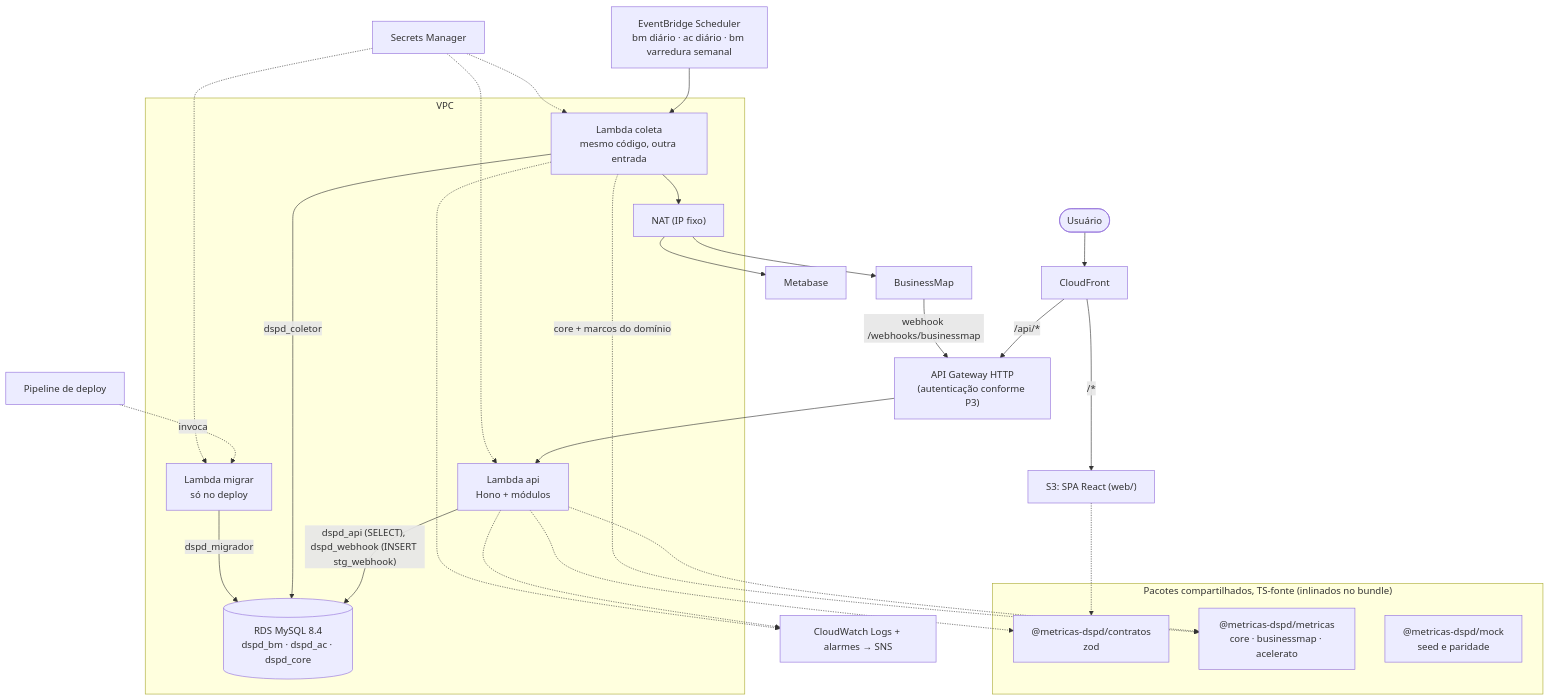
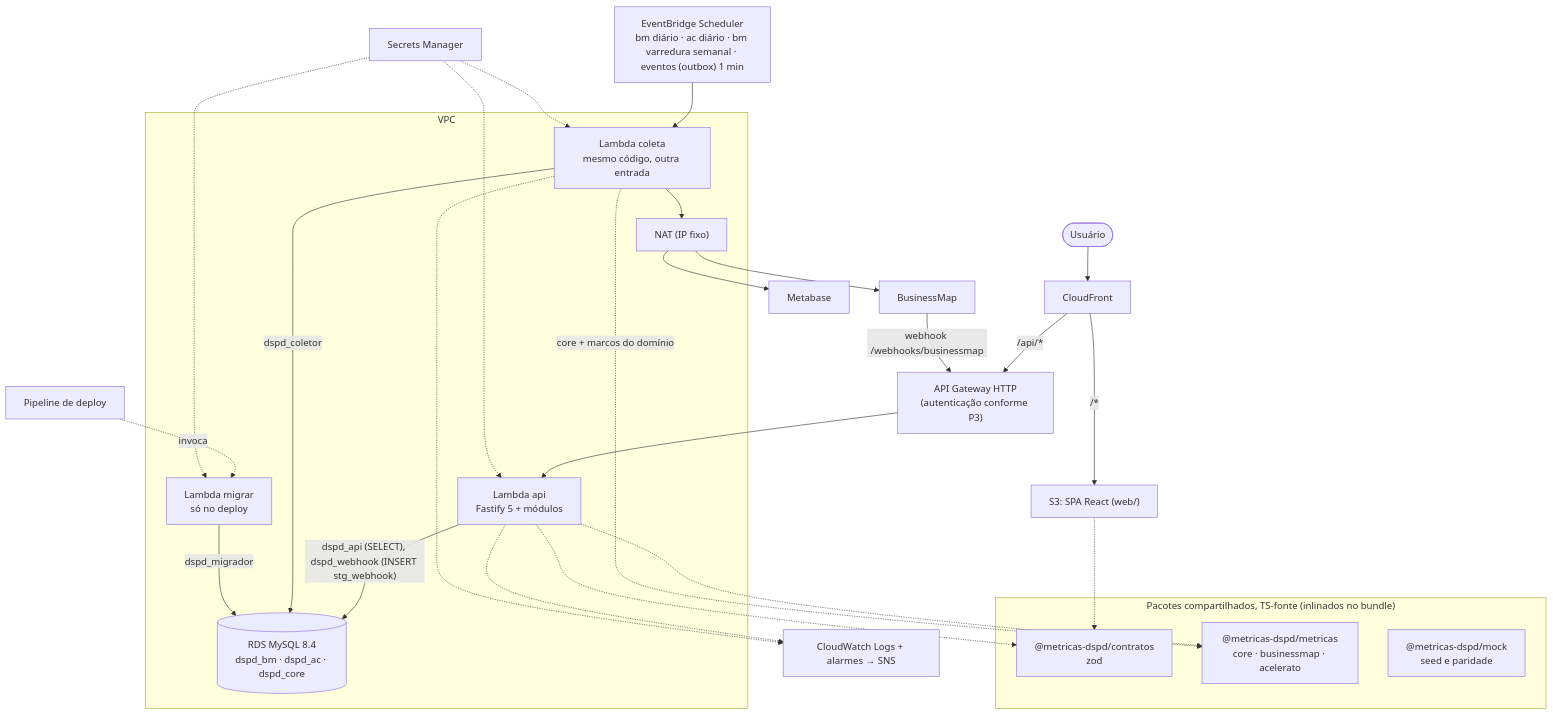
One commit to rodrigo-isensee/MetricasDSPD changed the second of 4 diagrams in docs/architecture/overview.md. Above: the diagram before and after it, drawn with Mermaid. The commit also changed other lines of this file and 13 other files, not shown here.

````diff
--- a/docs/architecture/overview.md
+++ b/docs/architecture/overview.md
@@ -32,32 +32,32 @@
 ```mermaid
 flowchart TB
   user(["Usuário"]) --> cf["CloudFront"]
   cf -->|"/*"| s3["S3: SPA React (web/)"]
   cf -->|"/api/*"| gw["API Gateway HTTP<br/>(autenticação conforme P3)"]
   bmext["BusinessMap"] -->|"webhook /webhooks/businessmap"| gw
-  gw --> api["Lambda api<br/>Hono + módulos"]
-  sched["EventBridge Scheduler<br/>bm diário · ac diário · bm varredura semanal"] --> col["Lambda coleta<br/>mesmo código, outra entrada"]
+  gw --> api["Lambda api<br/>Fastify 5 + módulos"]
+  sched["EventBridge Scheduler<br/>bm diário · ac diário · bm varredura semanal · eventos (outbox) 1 min"] --> col["Lambda coleta<br/>mesmo código, outra entrada"]
   pipe["Pipeline de deploy"] -.->|invoca| mig["Lambda migrar<br/>só no deploy"]
   subgraph vpc["VPC"]
     api -->|"dspd_api (SELECT), dspd_webhook (INSERT stg_webhook)"| db[("RDS MySQL 8.4<br/>dspd_bm · dspd_ac · dspd_core")]
     col -->|dspd_coletor| db
     mig -->|dspd_migrador| db
     col --> nat["NAT (IP fixo)"]
   end
   nat --> bmext
   nat --> mb["Metabase"]
   sm["Secrets Manager"] -.-> api
   sm -.-> col
   sm -.-> mig
   api -.-> cw["CloudWatch Logs + alarmes → SNS"]
   col -.-> cw
   subgraph pacotes ["Pacotes compartilhados, TS-fonte (inlinados no bundle)"]
     contratos["@metricas-dspd/contratos<br/>zod"]
     metricas["@metricas-dspd/metricas<br/>core · businessmap · acelerato"]
     mock["@metricas-dspd/mock<br/>seed e paridade"]
   end
   s3 -.-> contratos
   api -.-> contratos
   api -.-> metricas
   col -.->|"core + marcos do domínio"| metricas
 ```
````
